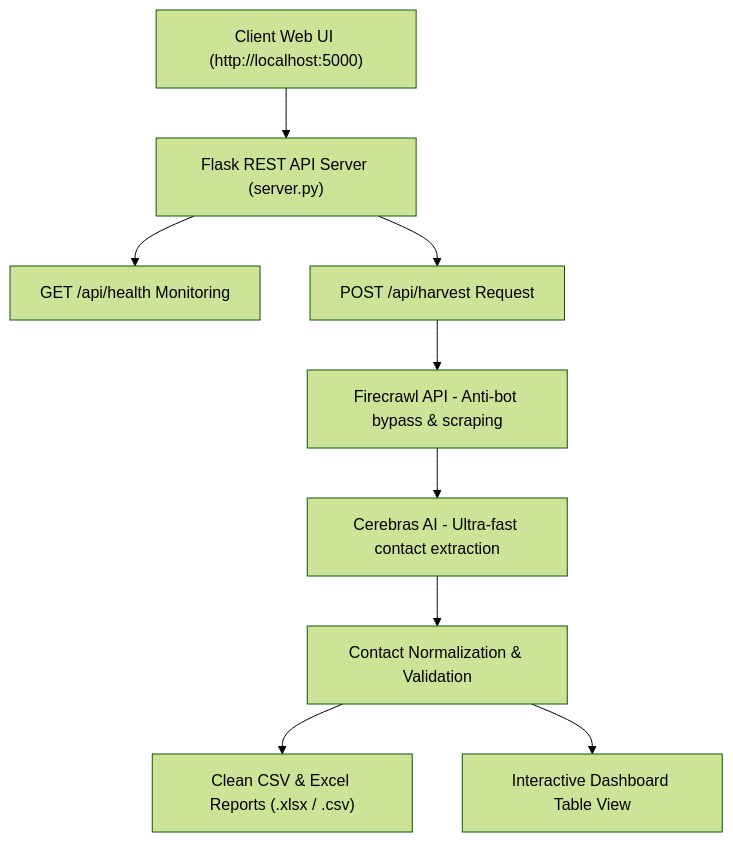
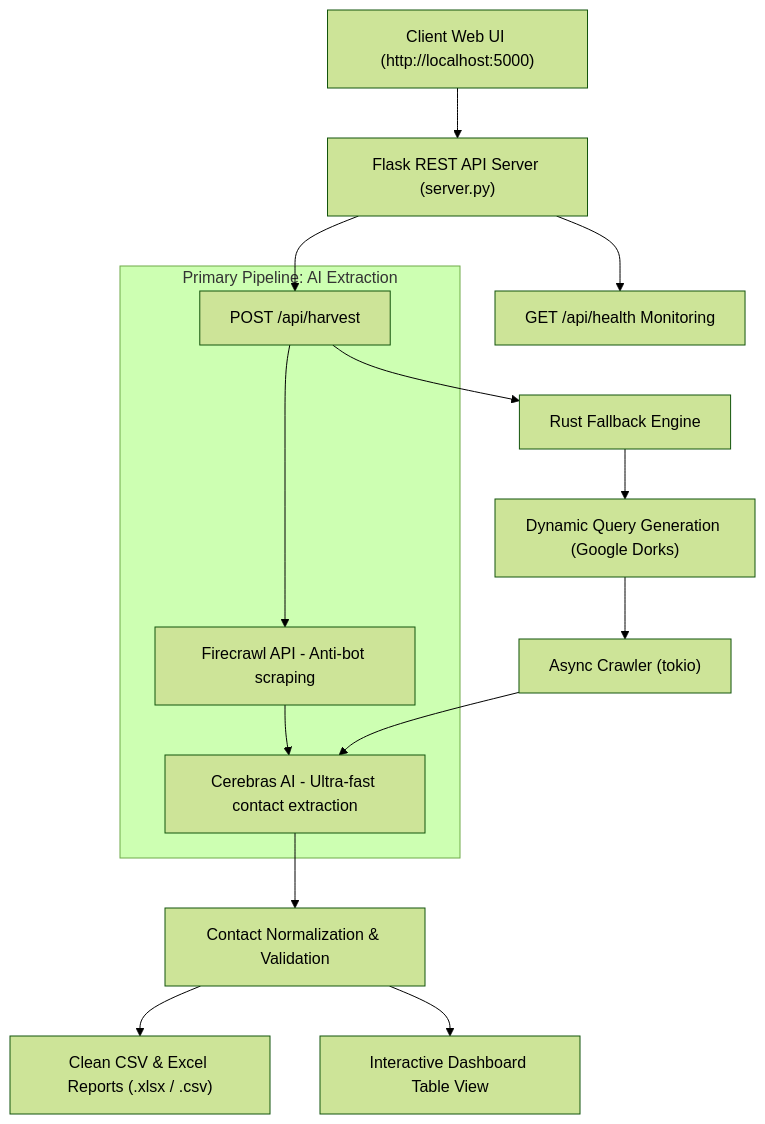
The diagram in README.md (truthoutu/freezer), drawn with Mermaid (forest theme) before and after one commit. The commit also changed 6 other files, not shown here.

Commit message:
Update server, external APIs, Rust crawler, target registry, and frontend UI

````diff
--- a/README.md
+++ b/README.md
@@ -9,11 +9,20 @@
 ```mermaid
 graph TD
     A["Client Web UI (http://localhost:5000)"] --> B["Flask REST API Server (server.py)"]
     B --> C["GET /api/health Monitoring"]
-    B --> D["POST /api/harvest Request"]
-    D --> E["Firecrawl API - Anti-bot bypass & scraping"]
-    E --> F["Cerebras AI - Ultra-fast contact extraction"]
+    B --> D["POST /api/harvest"]
+    
+    subgraph "Primary Pipeline: AI Extraction"
+        D --> E["Firecrawl API - Anti-bot scraping"]
+        E --> F["Cerebras AI - Ultra-fast contact extraction"]
+    end
+
+    D --> RUST["Rust Fallback Engine"]
+    RUST --> RUST_GEN["Dynamic Query Generation (Google Dorks)"]
+    RUST_GEN --> RUST_CRAWL["Async Crawler (tokio)"]
+    RUST_CRAWL --> F
+    
     F --> G["Contact Normalization & Validation"]
     G --> H["Clean CSV & Excel Reports (.xlsx / .csv)"]
     G --> I["Interactive Dashboard Table View"]
 ```
````
